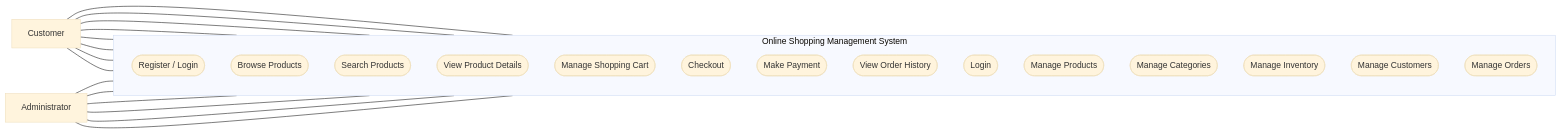
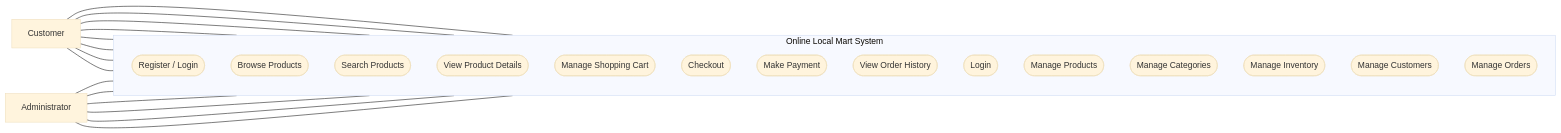
One commit to Numaizatul03/GROUP4_CSEB5223_OLMS changed the first of 2 diagrams in README.md. Above: the diagram before and after it, drawn with Mermaid (base theme). The commit also changed other lines of this file, not shown here.

First line of the commit message:
Add system documentation and UML diagrams

````diff
--- a/README.md
+++ b/README.md
@@ -23,42 +23,42 @@
 ```mermaid
 flowchart LR
 
     Customer["Customer"]
     Admin["Administrator"]
 
-    subgraph System["Online Shopping Management System"]
+    subgraph System["Online Local Mart System"]
         direction TB
 
         C1(["Register / Login"])
         C2(["Browse Products"])
         C3(["Search Products"])
         C4(["View Product Details"])
         C5(["Manage Shopping Cart"])
         C6(["Checkout"])
         C7(["Make Payment"])
         C8(["View Order History"])
 
         A1(["Login"])
         A2(["Manage Products"])
         A3(["Manage Categories"])
         A4(["Manage Inventory"])
         A5(["Manage Customers"])
         A6(["Manage Orders"])
     end
 
     Customer --- C1
     Customer --- C2
     Customer --- C3
     Customer --- C4
     Customer --- C5
     Customer --- C6
     Customer --- C7
     Customer --- C8
 
     Admin --- A1
     Admin --- A2
     Admin --- A3
     Admin --- A4
     Admin --- A5
     Admin --- A6
 ```
````
